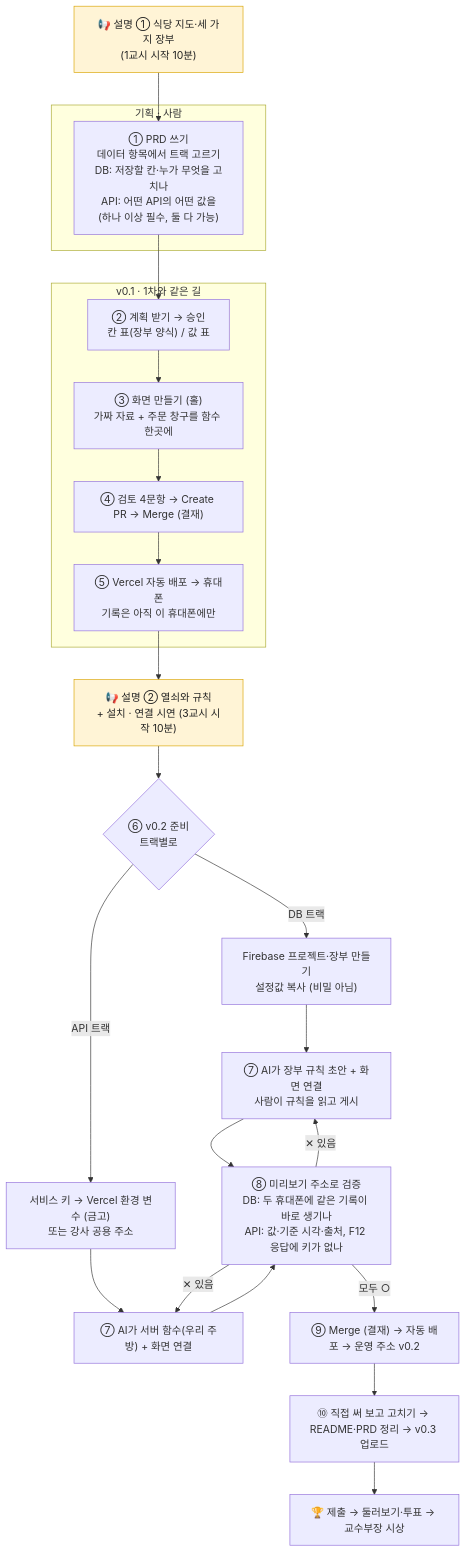
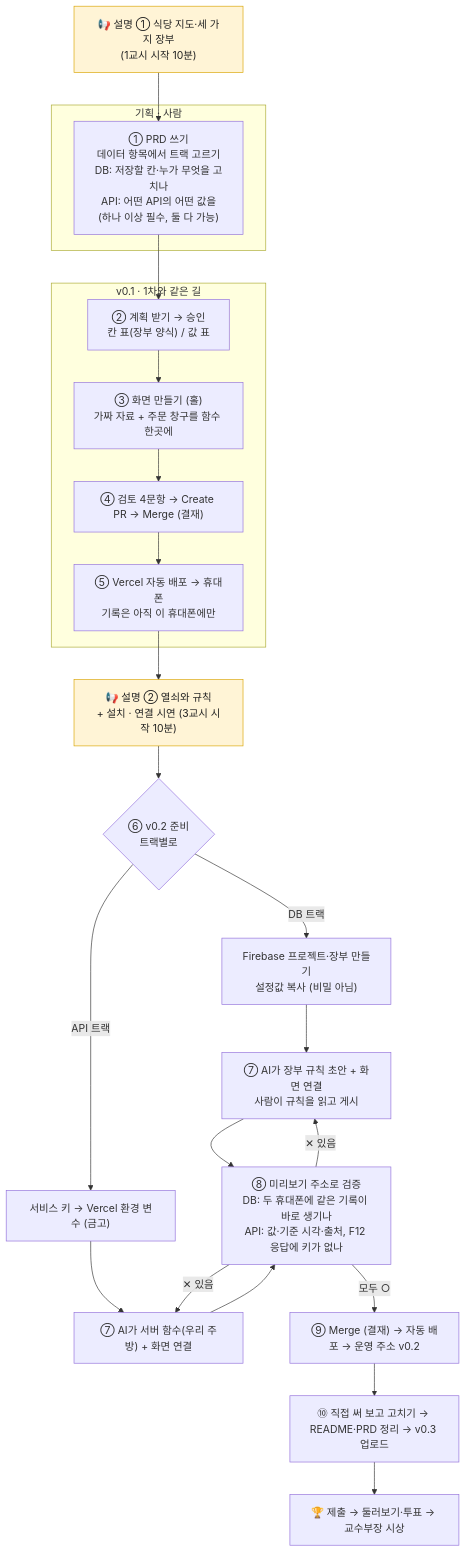
The diagram in instructor/2차-흐름도.md (skydiver846/fire-ai-classroom), drawn with Mermaid before and after one commit. The commit also changed other lines of this file and 11 other files, not shown here.

````diff
--- a/instructor/2차-흐름도.md
+++ b/instructor/2차-흐름도.md
@@ -13,35 +13,35 @@
 ```mermaid
 flowchart TD
     S1["📢 설명 ① 식당 지도·세 가지 장부<br/>(1교시 시작 10분)"]:::talk
 
     subgraph P["기획 · 사람"]
       A["① PRD 쓰기<br/>데이터 항목에서 트랙 고르기<br/>DB: 저장할 칸·누가 무엇을 고치나<br/>API: 어떤 API의 어떤 값을<br/>(하나 이상 필수, 둘 다 가능)"]
     end
 
     subgraph V1["v0.1 · 1차와 같은 길"]
       B["② 계획 받기 → 승인<br/>칸 표(장부 양식) / 값 표"] --> C["③ 화면 만들기 (홀)<br/>가짜 자료 + 주문 창구를 함수 한곳에"]
       C --> D["④ 검토 4문항 → Create PR → Merge (결재)"]
       D --> E["⑤ Vercel 자동 배포 → 휴대폰<br/>기록은 아직 이 휴대폰에만"]
     end
 
     S1 --> A
     A --> B
     E --> S2["📢 설명 ② 열쇠와 규칙<br/>+ 설치 · 연결 시연 (3교시 시작 10분)"]:::talk
     S2 --> F{"⑥ v0.2 준비<br/>트랙별로"}
 
     F -->|"DB 트랙"| G1["Firebase 프로젝트·장부 만들기<br/>설정값 복사 (비밀 아님)"]
-    F -->|"API 트랙"| H1["서비스 키 → Vercel 환경 변수 (금고)<br/>또는 강사 공용 주소"]
+    F -->|"API 트랙"| H1["서비스 키 → Vercel 환경 변수 (금고)"]
 
     G1 --> G2["⑦ AI가 장부 규칙 초안 + 화면 연결<br/>사람이 규칙을 읽고 게시"]
     H1 --> H2["⑦ AI가 서버 함수(우리 주방) + 화면 연결"]
 
     G2 --> I["⑧ 미리보기 주소로 검증<br/>DB: 두 휴대폰에 같은 기록이 바로 생기나<br/>API: 값·기준 시각·출처, F12 응답에 키가 없나"]
     H2 --> I
     I -->|"✕ 있음"| G2
     I -->|"✕ 있음"| H2
     I -->|"모두 ○"| J["⑨ Merge (결재) → 자동 배포 → 운영 주소 v0.2"]
     J --> K["⑩ 직접 써 보고 고치기 → README·PRD 정리 → v0.3 업로드"]
     K --> L["🏆 제출 → 둘러보기·투표 → 교수부장 시상"]
 
     classDef talk fill:#fff4d6,stroke:#d9a400,color:#222;
 ```
````
